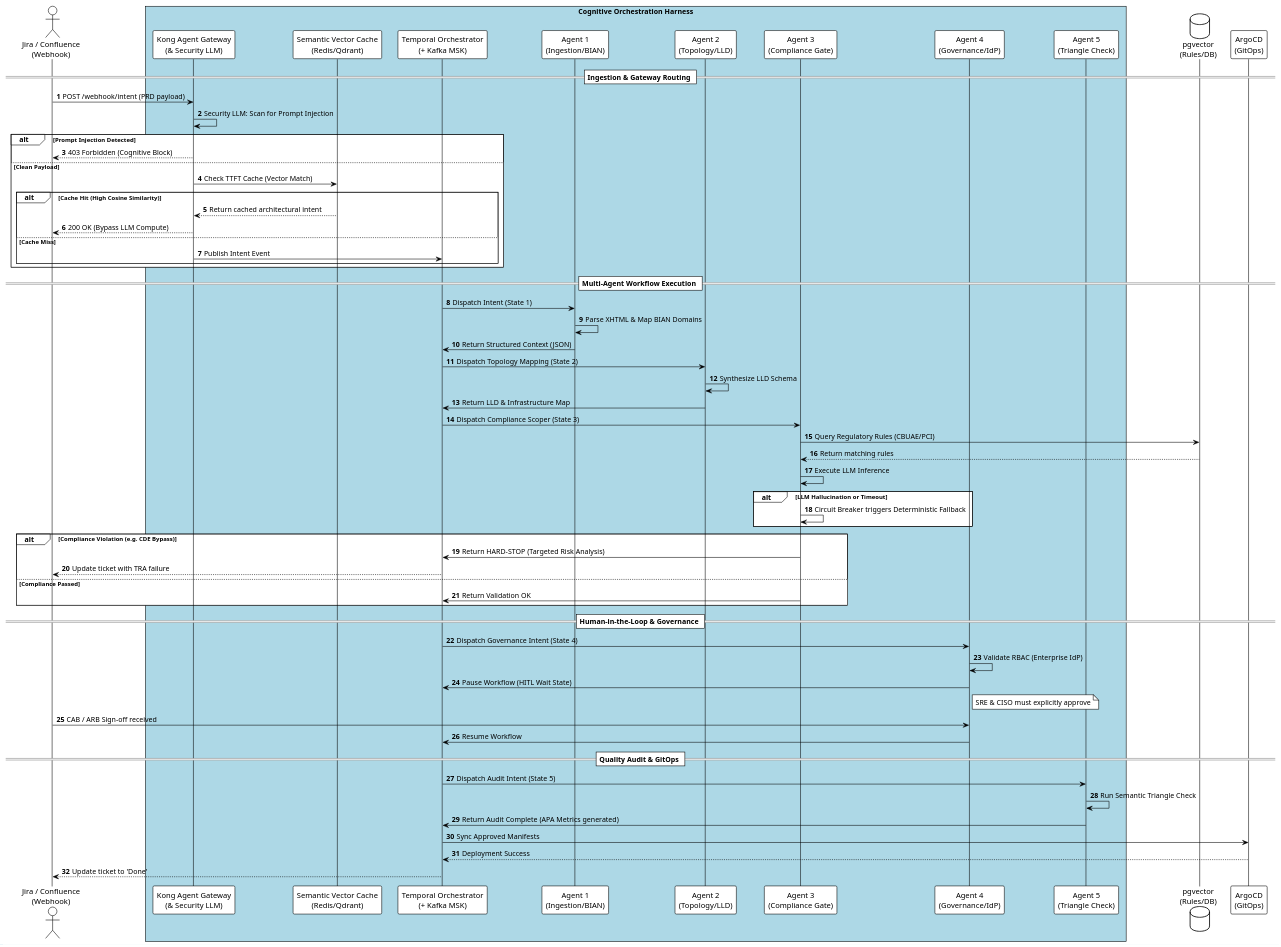
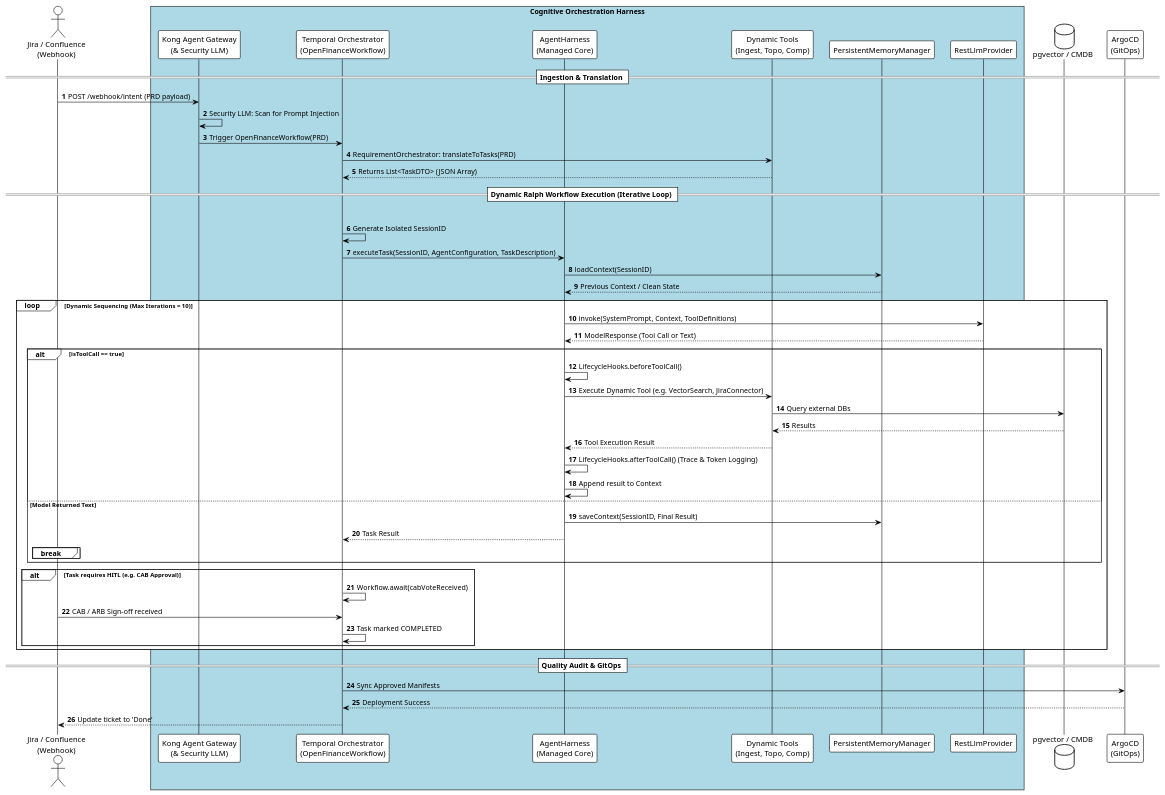
One commit to COPUR/X_Bank-Agentive-Architecture-Framework changed the diagram in x_bank-core/sequence_temporal_workflow_v2.puml. Above: the diagram before and after it, drawn with PlantUML. The commit also changed 123 other files, not shown here.

First line of the commit message:
feat: Implement Ralph & Managed Harness Architectures

```diff
--- a/x_bank-core/sequence_temporal_workflow_v2.puml
+++ b/x_bank-core/sequence_temporal_workflow_v2.puml
@@ -1,78 +1,67 @@
 @startuml sequence_temporal_workflow_v2
 !theme plain
 autonumber
 
 skinparam BoxPadding 10
 skinparam ParticipantPadding 10
 
 actor "Jira / Confluence\n(Webhook)" as jira
 box "Cognitive Orchestration Harness" #LightBlue
     participant "Kong Agent Gateway\n(& Security LLM)" as kong
-    participant "Semantic Vector Cache\n(Redis/Qdrant)" as cache
-    participant "Temporal Orchestrator\n(+ Kafka MSK)" as temporal
-    participant "Agent 1\n(Ingestion/BIAN)" as agent1
-    participant "Agent 2\n(Topology/LLD)" as agent2
-    participant "Agent 3\n(Compliance Gate)" as agent3
-    participant "Agent 4\n(Governance/IdP)" as agent4
-    participant "Agent 5\n(Triangle Check)" as agent5
+    participant "Temporal Orchestrator\n(OpenFinanceWorkflow)" as temporal
+    participant "AgentHarness\n(Managed Core)" as harness
+    participant "Dynamic Tools\n(Ingest, Topo, Comp)" as tools
+    participant "PersistentMemoryManager" as memory
+    participant "RestLlmProvider" as llm
 end box
 
-database "pgvector\n(Rules/DB)" as pgvector
+database "pgvector / CMDB" as dbs
 participant "ArgoCD\n(GitOps)" as argocd
 
-== Ingestion & Gateway Routing ==
+== Ingestion & Translation ==
 jira -> kong: POST /webhook/intent (PRD payload)
 kong -> kong: Security LLM: Scan for Prompt Injection
-alt Prompt Injection Detected
-    kong --> jira: 403 Forbidden (Cognitive Block)
-else Clean Payload
-    kong -> cache: Check TTFT Cache (Vector Match)
-    alt Cache Hit (High Cosine Similarity)
-        cache --> kong: Return cached architectural intent
-        kong --> jira: 200 OK (Bypass LLM Compute)
-    else Cache Miss
-        kong -> temporal: Publish Intent Event
+kong -> temporal: Trigger OpenFinanceWorkflow(PRD)
+temporal -> tools: RequirementOrchestrator: translateToTasks(PRD)
+tools --> temporal: Returns List<TaskDTO> (JSON Array)
+
+== Dynamic Ralph Workflow Execution (Iterative Loop) ==
+loop For each Task in List<TaskDTO>
+    temporal -> temporal: Generate Isolated SessionID
+    temporal -> harness: executeTask(SessionID, AgentConfiguration, TaskDescription)
+    
+    harness -> memory: loadContext(SessionID)
+    memory --> harness: Previous Context / Clean State
+    
+    loop Dynamic Sequencing (Max Iterations = 10)
+        harness -> llm: invoke(SystemPrompt, Context, ToolDefinitions)
+        llm --> harness: ModelResponse (Tool Call or Text)
+        
+        alt isToolCall == true
+            harness -> harness: LifecycleHooks.beforeToolCall()
+            harness -> tools: Execute Dynamic Tool (e.g. VectorSearch, JiraConnector)
+            tools -> dbs: Query external DBs
+            dbs --> tools: Results
+            tools --> harness: Tool Execution Result
+            harness -> harness: LifecycleHooks.afterToolCall() (Trace & Token Logging)
+            harness -> harness: Append result to Context
+        else Model Returned Text
+            harness -> memory: saveContext(SessionID, Final Result)
+            harness --> temporal: Task Result
+            break
+        end
+    end
+    
+    alt Task requires HITL (e.g. CAB Approval)
+        temporal -> temporal: Workflow.await(cabVoteReceived)
+        jira -> temporal: CAB / ARB Sign-off received
+        temporal -> temporal: Task marked COMPLETED
     end
 end
 
-== Multi-Agent Workflow Execution ==
-temporal -> agent1: Dispatch Intent (State 1)
-agent1 -> agent1: Parse XHTML & Map BIAN Domains
-agent1 -> temporal: Return Structured Context (JSON)
-
-temporal -> agent2: Dispatch Topology Mapping (State 2)
-agent2 -> agent2: Synthesize LLD Schema
-agent2 -> temporal: Return LLD & Infrastructure Map
-
-temporal -> agent3: Dispatch Compliance Scoper (State 3)
-agent3 -> pgvector: Query Regulatory Rules (CBUAE/PCI)
-pgvector --> agent3: Return matching rules
-agent3 -> agent3: Execute LLM Inference
-alt LLM Hallucination or Timeout
-    agent3 -> agent3: Circuit Breaker triggers Deterministic Fallback
-end
-alt Compliance Violation (e.g. CDE Bypass)
-    agent3 -> temporal: Return HARD-STOP (Targeted Risk Analysis)
-    temporal --> jira: Update ticket with TRA failure
-else Compliance Passed
-    agent3 -> temporal: Return Validation OK
-end
-
-== Human-in-the-Loop & Governance ==
-temporal -> agent4: Dispatch Governance Intent (State 4)
-agent4 -> agent4: Validate RBAC (Enterprise IdP)
-agent4 -> temporal: Pause Workflow (HITL Wait State)
-note right of agent4: SRE & CISO must explicitly approve
-jira -> agent4: CAB / ARB Sign-off received
-agent4 -> temporal: Resume Workflow
-
 == Quality Audit & GitOps ==
-temporal -> agent5: Dispatch Audit Intent (State 5)
-agent5 -> agent5: Run Semantic Triangle Check
-agent5 -> temporal: Return Audit Complete (APA Metrics generated)
-
 temporal -> argocd: Sync Approved Manifests
 argocd --> temporal: Deployment Success
 temporal --> jira: Update ticket to 'Done'
 
 @enduml
```
